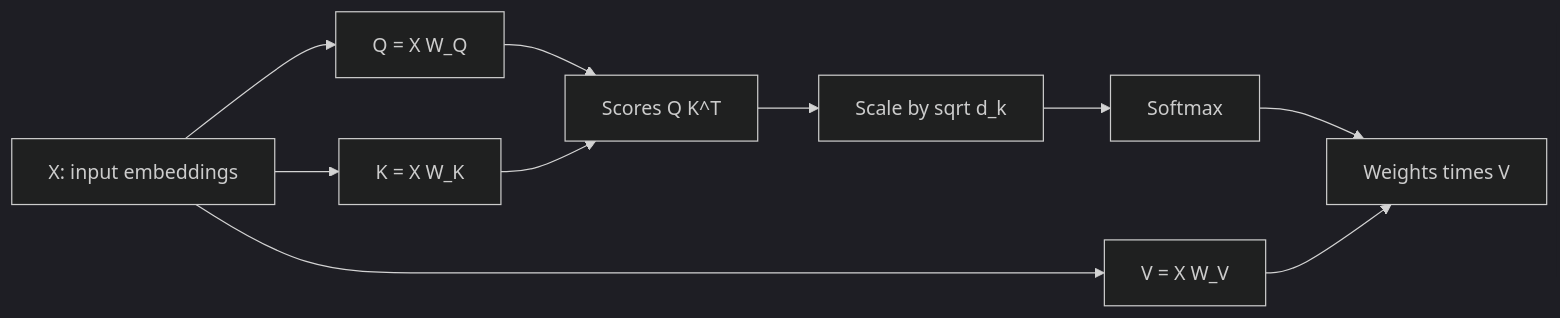
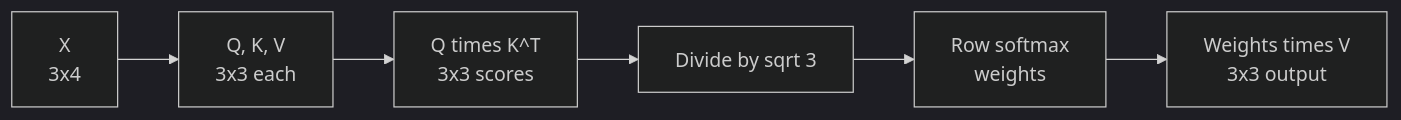
The diagram in notes/step-03-generative-ai-and-the-transformer-architecture/055-math-behind-attention-qkv.md (kaisarnajar/outcome-school-blogs), drawn with Mermaid (dark theme) before and after one commit. The commit also changed other lines of this file and 233 other files, not shown here.

````diff
--- a/notes/step-03-generative-ai-and-the-transformer-architecture/055-math-behind-attention-qkv.md
+++ b/notes/step-03-generative-ai-and-the-transformer-architecture/055-math-behind-attention-qkv.md
@@ -36,12 +67,8 @@
 ```mermaid
 flowchart LR
-    X["X: input embeddings"] --> Q["Q = X W_Q"]
-    X --> K["K = X W_K"]
-    X --> V["V = X W_V"]
-    Q --> S["Scores Q K^T"]
-    K --> S
-    S --> SC["Scale by sqrt d_k"]
-    SC --> SM["Softmax"]
-    SM --> O["Weights times V"]
-    V --> O
+    A1["X<br/>3x4"] --> A2["Q, K, V<br/>3x3 each"]
+    A2 --> A3["Q times K^T<br/>3x3 scores"]
+    A3 --> A4["Divide by sqrt 3"]
+    A4 --> A5["Row softmax<br/>weights"]
+    A5 --> A6["Weights times V<br/>3x3 output"]
 ```
````
